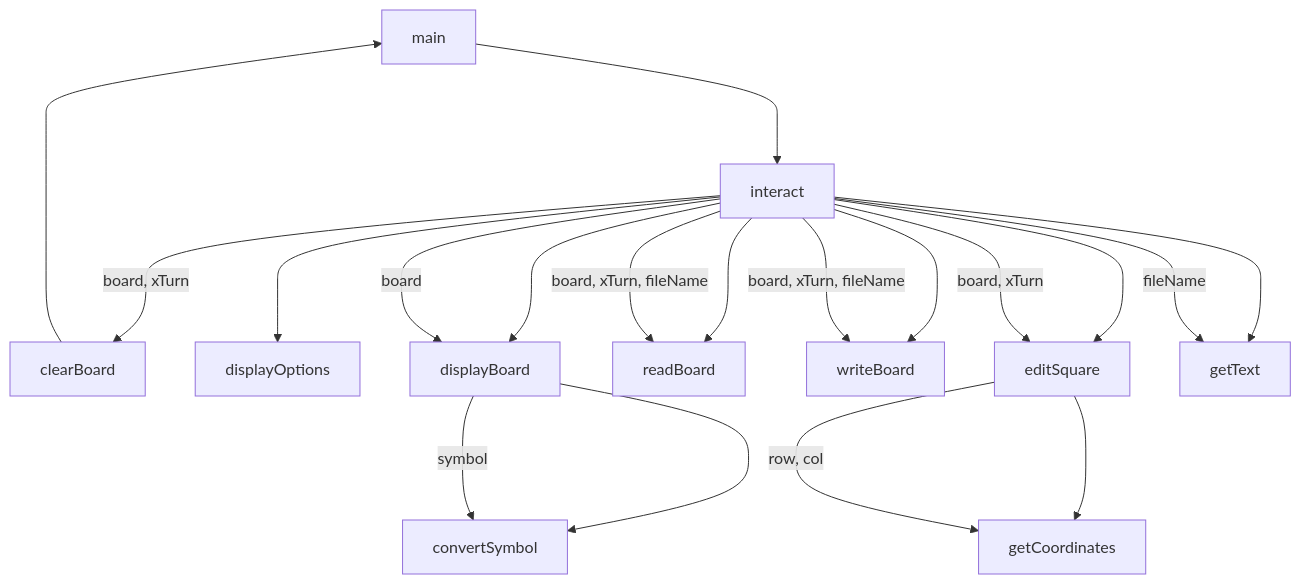
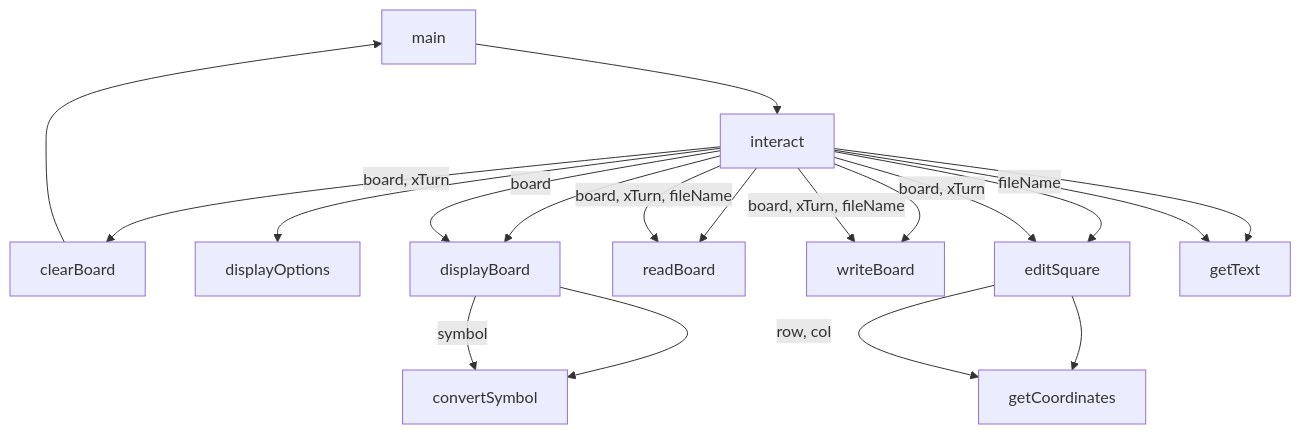
Before and after one commit to ehrrsn7/object-oriented-programming: the diagram in cpp/Unit-1/Chapter-1.0/1.0-Design-Documents.ai.md, drawn with Mermaid.

Commit message:
🤖 AI C21903i10:03 AM: ${AMi8e01AMge} | ${7AM10:03 AMe}

```diff
--- a/cpp/Unit-1/Chapter-1.0/1.0-Design-Documents.ai.md
+++ b/cpp/Unit-1/Chapter-1.0/1.0-Design-Documents.ai.md
@@ -196,23 +196,23 @@
 :::mermaid
 graph TD
-    main         ---> interact
-    clearBoard   ---> main
-    interact     ---> displayOptions
-    interact     ---> displayBoard
-    interact     ---> readBoard
-    interact     ---> writeBoard
-    interact     ---> editSquare
-    interact     ---> getText
+    main         --> interact
+    clearBoard   --> main
+    interact     --> displayOptions
+    interact     --> displayBoard
+    interact     --> readBoard
+    interact     --> writeBoard
+    interact     --> editSquare
+    interact     --> getText
 
-    displayBoard ---> convertSymbol
-    editSquare   ---> getCoordinates
+    displayBoard --> convertSymbol
+    editSquare   --> getCoordinates
 
-    interact     --->|"board, xTurn"| clearBoard
-    interact     --->|"board"| displayBoard
-    interact     --->|"board, xTurn, fileName"| readBoard
-    interact     --->|"board, xTurn, fileName"| writeBoard
-    interact     --->|"board, xTurn"| editSquare
-    interact     --->|"fileName"| getText
-    displayBoard --->|"symbol"| convertSymbol
-    editSquare   --->|"row, col"| getCoordinates
+    interact     -->|"board, xTurn"| clearBoard
+    interact     -->|"board"| displayBoard
+    interact     -->|"board, xTurn, fileName"| readBoard
+    interact     -->|"board, xTurn, fileName"| writeBoard
+    interact     -->|"board, xTurn"| editSquare
+    interact     -->|"fileName"| getText
+    displayBoard -->|"symbol"| convertSymbol
+    editSquare   -->|"row, col"| getCoordinates
 :::
```
